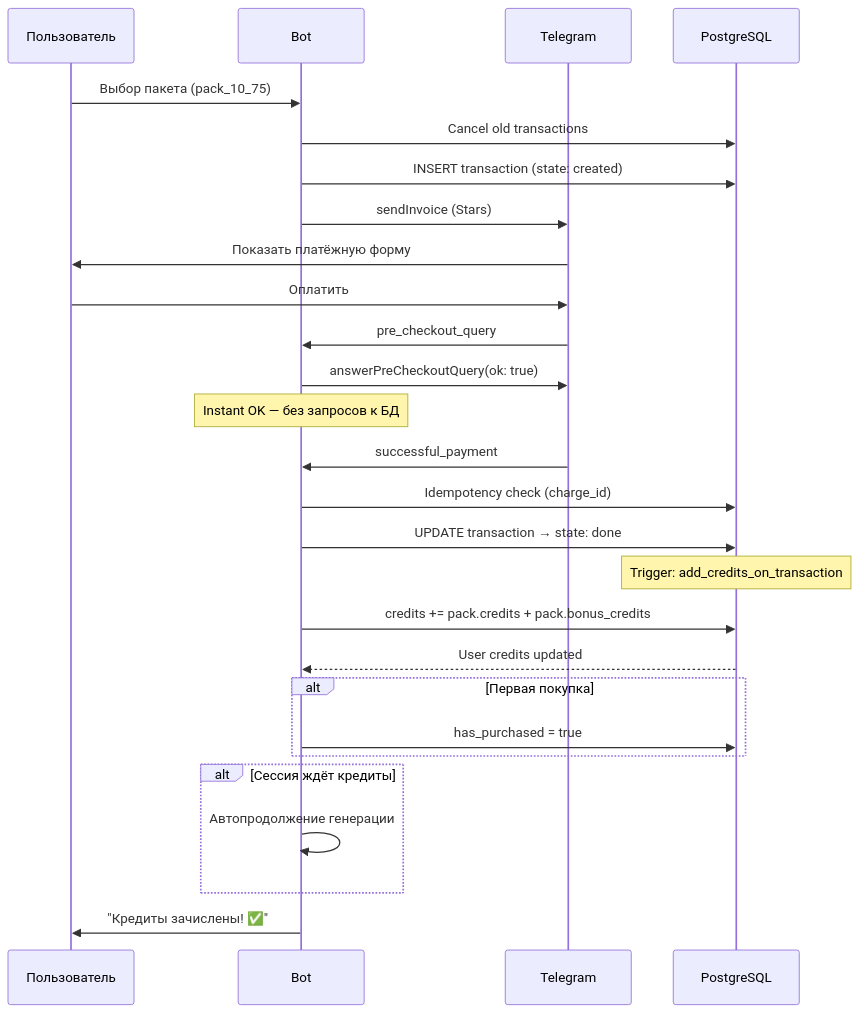
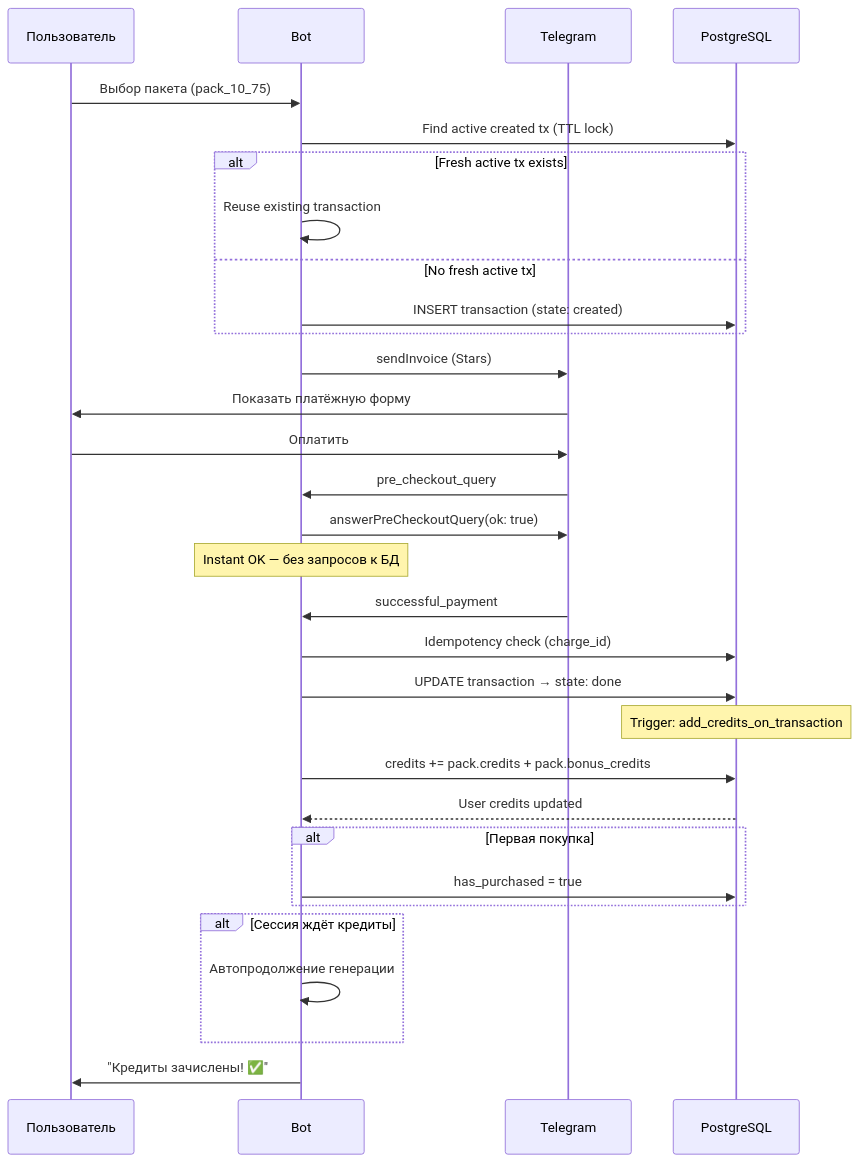
Before and after one commit to mazarov/https-github.com-mazarov-photo2sticker-bot: the first of 2 diagrams in docs/architecture/05-payment.md, drawn with Mermaid. The commit also changed other lines of this file and 2 other files, not shown here.

````diff
--- a/docs/architecture/05-payment.md
+++ b/docs/architecture/05-payment.md
@@ -65,35 +65,39 @@
 ```mermaid
 sequenceDiagram
     participant U as Пользователь
     participant BOT as Bot
     participant TG as Telegram
     participant DB as PostgreSQL
 
     U->>BOT: Выбор пакета (pack_10_75)
-    BOT->>DB: Cancel old transactions
-    BOT->>DB: INSERT transaction (state: created)
+    BOT->>DB: Find active created tx (TTL lock)
+    alt Fresh active tx exists
+        BOT->>BOT: Reuse existing transaction
+    else No fresh active tx
+        BOT->>DB: INSERT transaction (state: created)
+    end
     BOT->>TG: sendInvoice (Stars)
     TG->>U: Показать платёжную форму
 
     U->>TG: Оплатить
     TG->>BOT: pre_checkout_query
     BOT->>TG: answerPreCheckoutQuery(ok: true)
     Note over BOT: Instant OK — без запросов к БД
 
     TG->>BOT: successful_payment
     BOT->>DB: Idempotency check (charge_id)
     BOT->>DB: UPDATE transaction → state: done
     Note over DB: Trigger: add_credits_on_transaction
     BOT->>DB: credits += pack.credits + pack.bonus_credits
     DB-->>BOT: User credits updated
 
     alt Первая покупка
         BOT->>DB: has_purchased = true
     end
 
     alt Сессия ждёт кредиты
         BOT->>BOT: Автопродолжение генерации
     end
 
     BOT->>U: "Кредиты зачислены! ✅"
 ```
````
